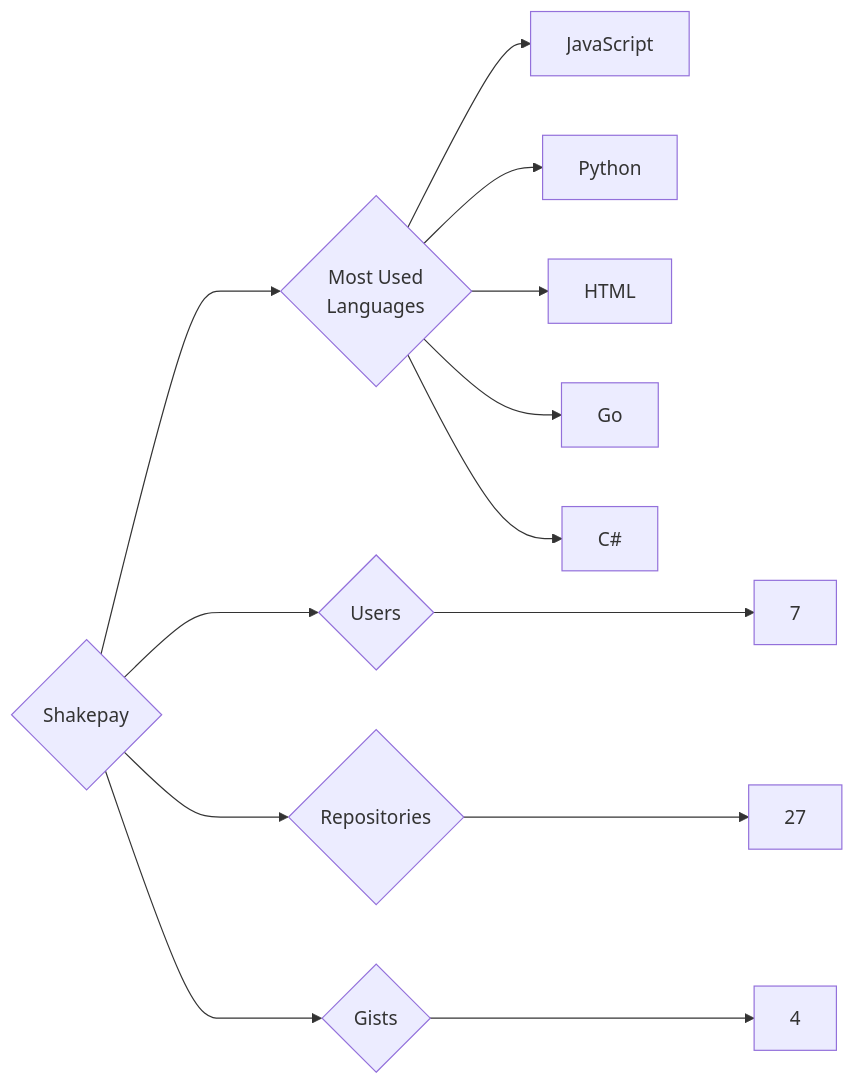
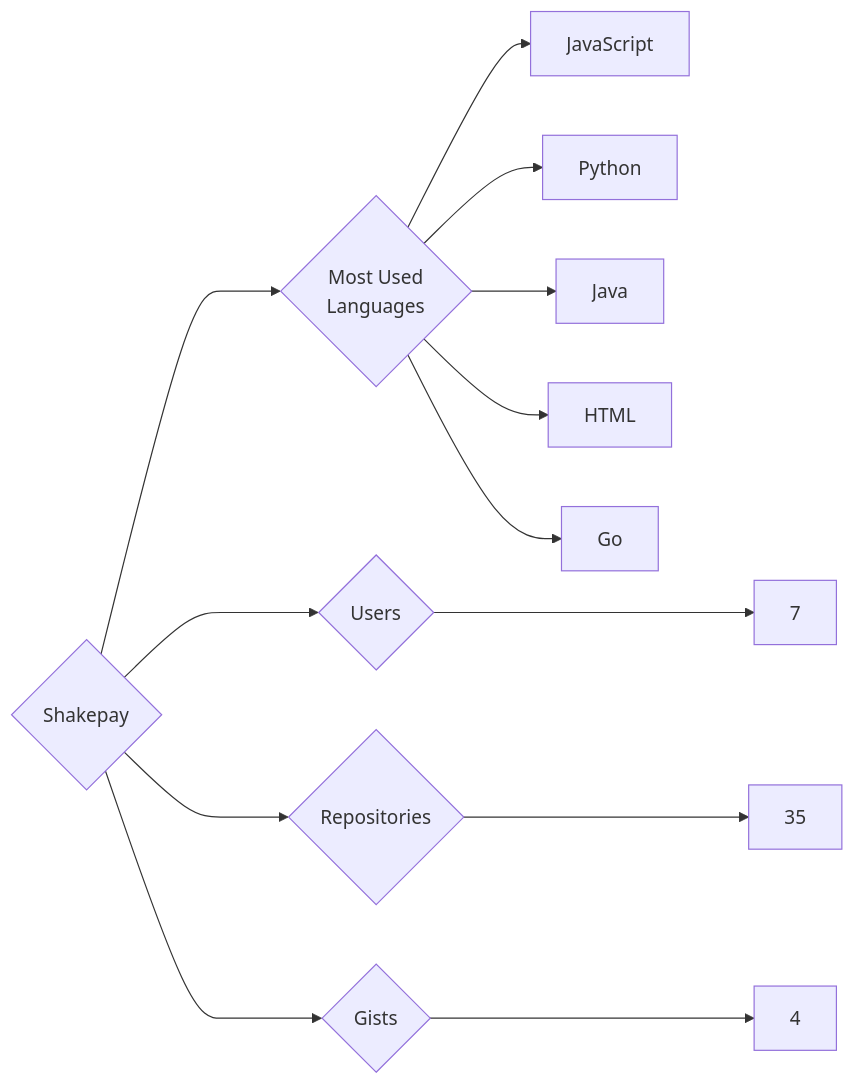
The diagram in targets/Shakepay/README.md (trickest/insiders), drawn with Mermaid before and after one commit. The commit also changed 833 other files, not shown here.

````diff
--- a/targets/Shakepay/README.md
+++ b/targets/Shakepay/README.md
@@ -3,13 +3,13 @@
 ```mermaid
 graph LR
 COMPANY_NAME{Shakepay}
 COMPANY_NAME ---> U{Users} ---> UN[7]
-COMPANY_NAME ---> R{Repositories} ---> RN[27]
+COMPANY_NAME ---> R{Repositories} ---> RN[35]
 COMPANY_NAME ---> G{Gists} ---> GN[4]
 COMPANY_NAME ---> ML{Most Used<br>Languages}
 ML --> JavaScript[JavaScript]
 ML --> Python[Python]
+ML --> Java[Java]
 ML --> HTML[HTML]
 ML --> Go[Go]
-ML --> C#[C#]
 ```
````
